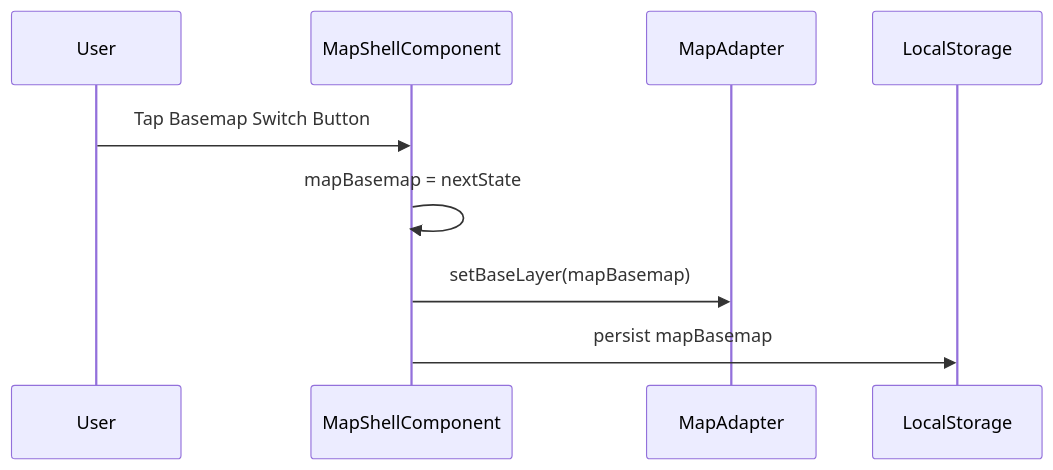
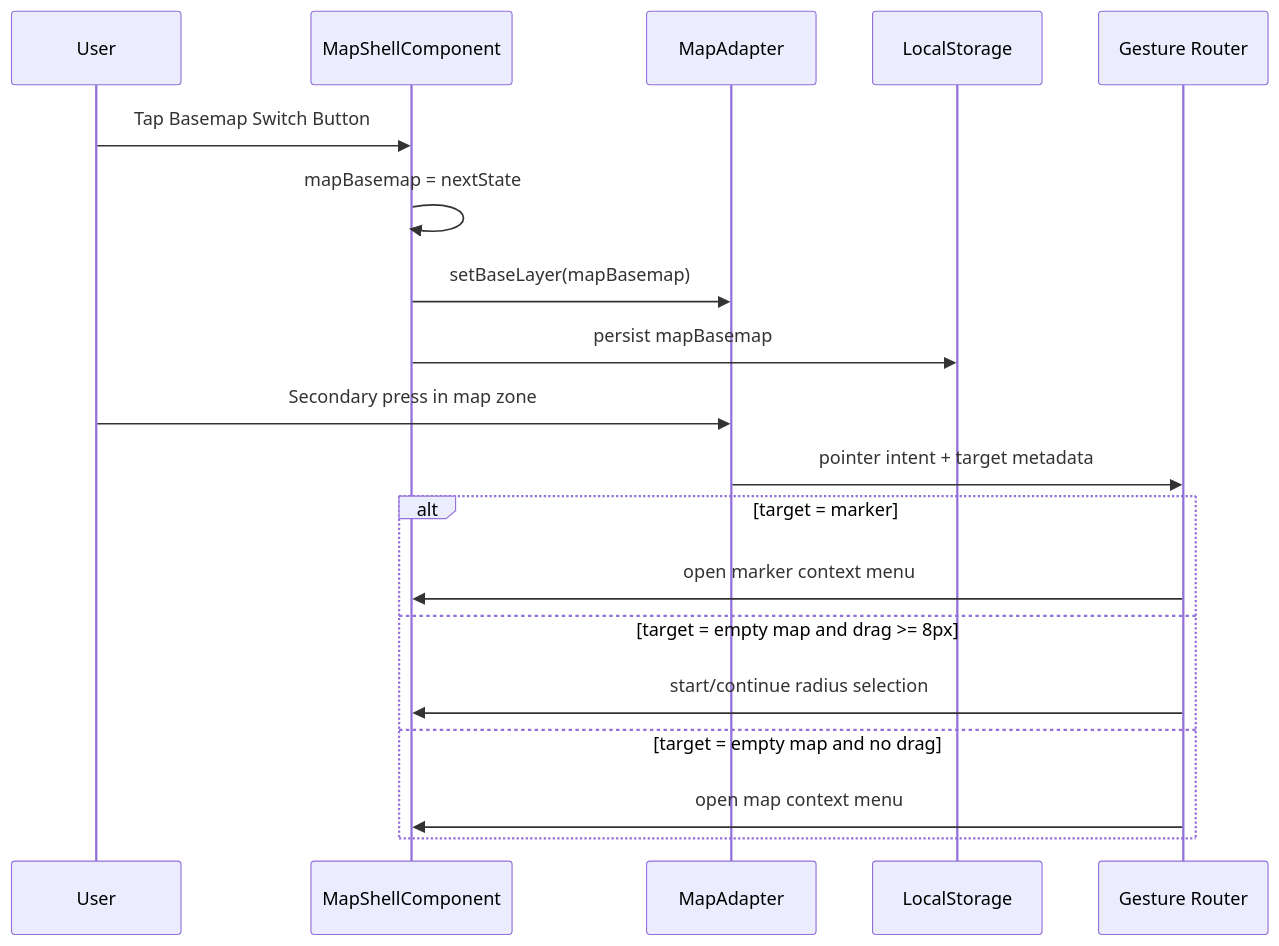
The second of 2 diagrams in docs/element-specs/map-zone.md (matkleve/feldpost), drawn with Mermaid before and after one commit. The commit also changed other lines of this file and 43 other files, not shown here.

````diff
--- a/docs/element-specs/map-zone.md
+++ b/docs/element-specs/map-zone.md
@@ -80,12 +85,23 @@
 ```mermaid
 sequenceDiagram
   participant U as User
   participant MS as MapShellComponent
   participant MA as MapAdapter
   participant LS as LocalStorage
+  participant GR as Gesture Router
 
   U->>MS: Tap Basemap Switch Button
   MS->>MS: mapBasemap = nextState
   MS->>MA: setBaseLayer(mapBasemap)
   MS->>LS: persist mapBasemap
+
+  U->>MA: Secondary press in map zone
+  MA->>GR: pointer intent + target metadata
+  alt target = marker
+    GR->>MS: open marker context menu
+  else target = empty map and drag >= 8px
+    GR->>MS: start/continue radius selection
+  else target = empty map and no drag
+    GR->>MS: open map context menu
+  end
 ```
````
